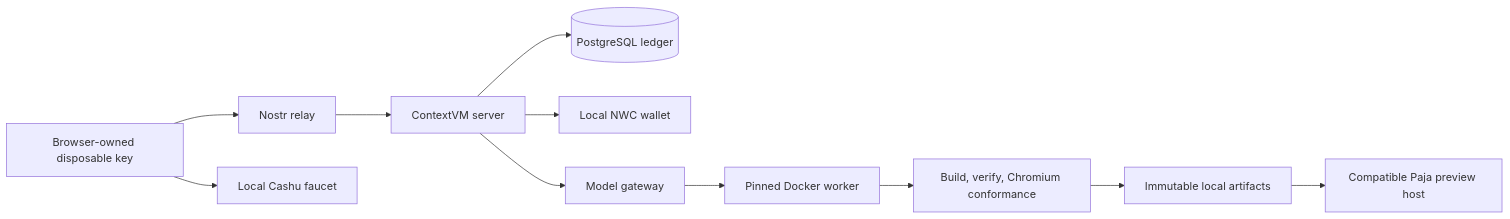
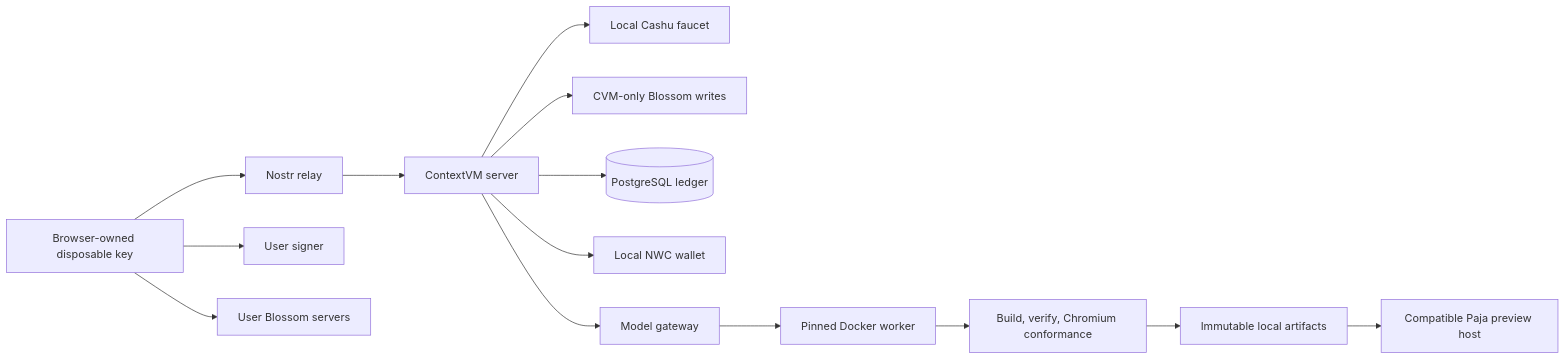
The diagram in docs/runbooks/development-gui.md (napplet/cvm), drawn with Mermaid before and after one commit. The commit also changed other lines of this file and 77 other files, not shown here.

````diff
--- a/docs/runbooks/development-gui.md
+++ b/docs/runbooks/development-gui.md
@@ -113,13 +115,16 @@
 ```mermaid
 flowchart LR
   Browser[Browser-owned disposable key] --> Relay[Nostr relay]
   Relay --> CVM[ContextVM server]
-  Browser --> Faucet[Local Cashu faucet]
+  CVM --> Faucet[Local Cashu faucet]
+  CVM --> Blossom[CVM-only Blossom writes]
+  Browser --> Signer[User signer]
+  Browser --> UserBlossom[User Blossom servers]
   CVM --> Ledger[(PostgreSQL ledger)]
   CVM --> NWC[Local NWC wallet]
   CVM --> Model[Model gateway]
   Model --> Worker[Pinned Docker worker]
   Worker --> Verify[Build, verify, Chromium conformance]
   Verify --> Artifacts[Immutable local artifacts]
   Artifacts --> Paja[Compatible Paja preview host]
 ```
````
